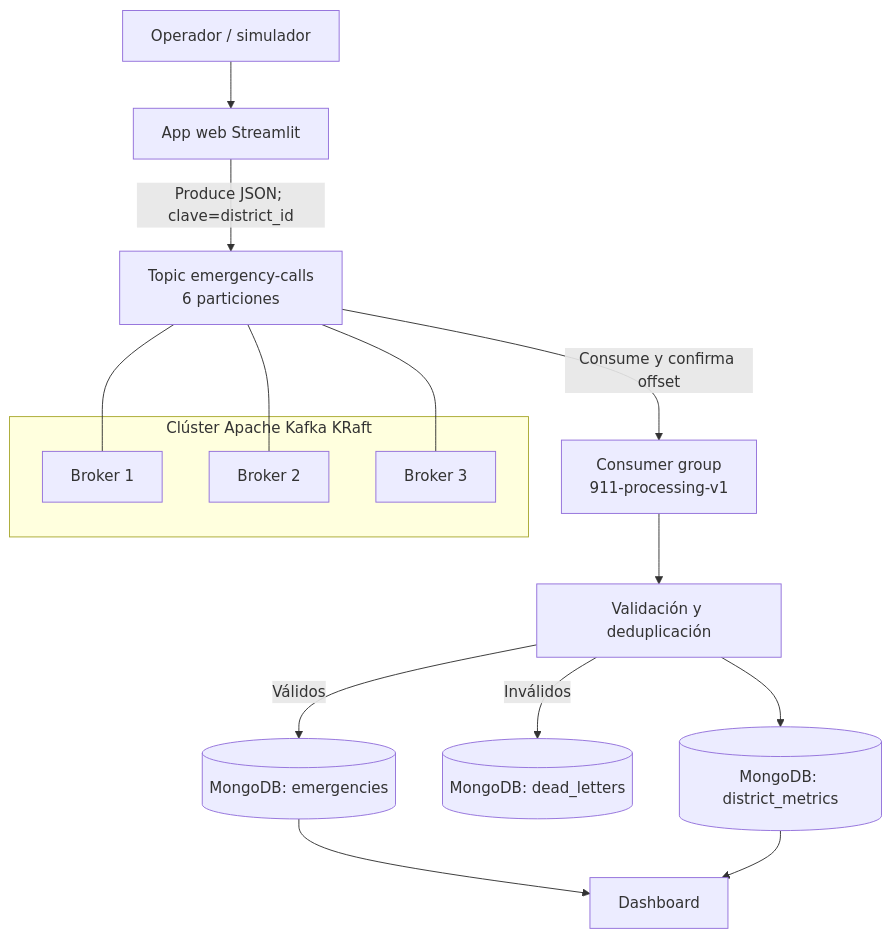
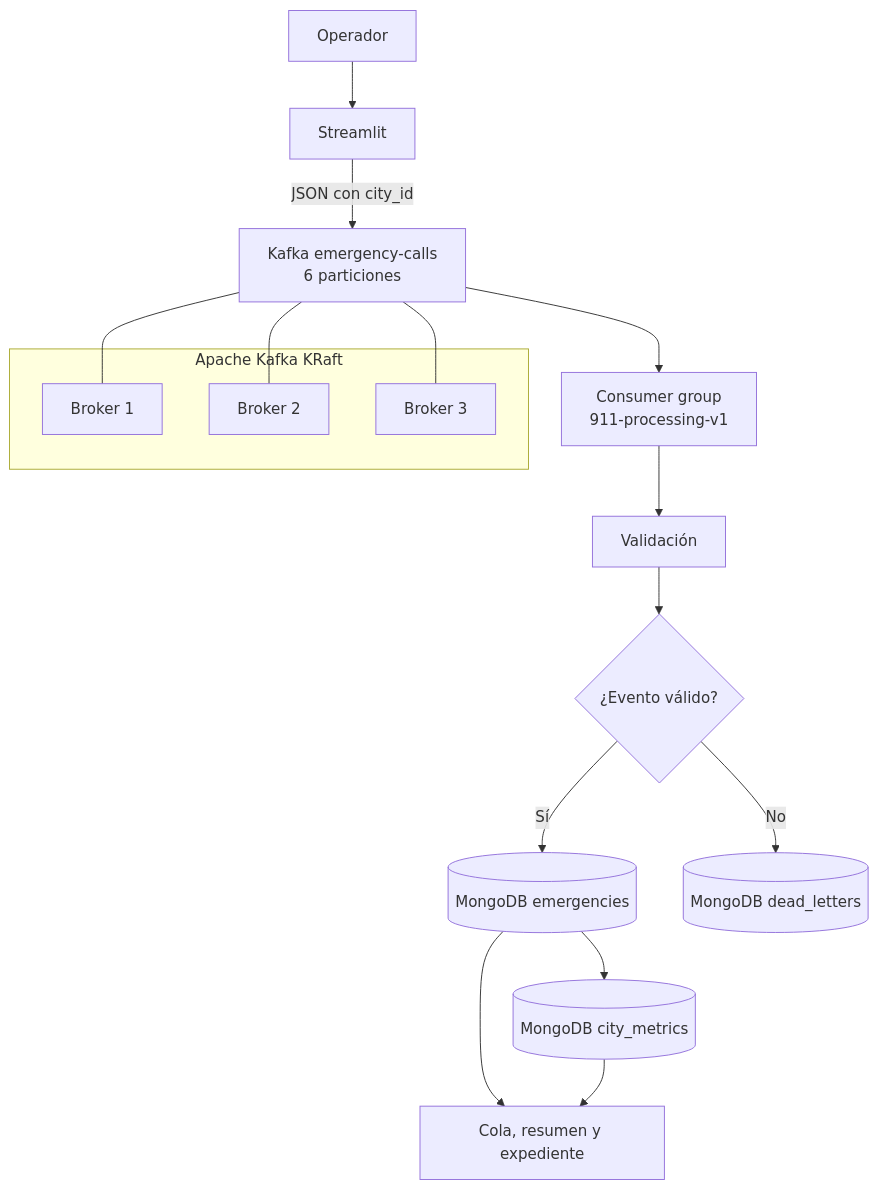
The diagram in ARCHITECTURE.md (blastseeker31/Kafka_911_BigData_AM), drawn with Mermaid before and after one commit. The commit also changed other lines of this file and 2 other files, not shown here.

````diff
--- a/ARCHITECTURE.md
+++ b/ARCHITECTURE.md
@@ -3,22 +7,23 @@
 ```mermaid
 flowchart TD
-    U["Operador / simulador"] --> W["App web Streamlit"]
-    W -->|"Produce JSON; clave=district_id"| T["Topic emergency-calls<br/>6 particiones"]
+    O[Operador] --> W[Streamlit]
+    W -->|JSON con city_id| T[Kafka emergency-calls<br/>6 particiones]
 
-    subgraph K["Clúster Apache Kafka KRaft"]
-        B1["Broker 1"]
-        B2["Broker 2"]
-        B3["Broker 3"]
+    subgraph K[Apache Kafka KRaft]
+        B1[Broker 1]
+        B2[Broker 2]
+        B3[Broker 3]
     end
 
     T --- B1
     T --- B2
     T --- B3
-    T -->|"Consume y confirma offset"| C["Consumer group<br/>911-processing-v1"]
-    C --> V["Validación y deduplicación"]
-    V -->|"Válidos"| E[("MongoDB: emergencies")]
-    V -->|"Inválidos"| D[("MongoDB: dead_letters")]
-    V --> A[("MongoDB: district_metrics")]
-    E --> X["Dashboard"]
-    A --> X
+    T --> C[Consumer group<br/>911-processing-v1]
+    C --> V[Validación]
+    V --> D{¿Evento válido?}
+    D -->|Sí| E[(MongoDB emergencies)]
+    D -->|No| DL[(MongoDB dead_letters)]
+    E --> M[(MongoDB city_metrics)]
+    E --> UI[Cola, resumen y expediente]
+    M --> UI
 ```
````
